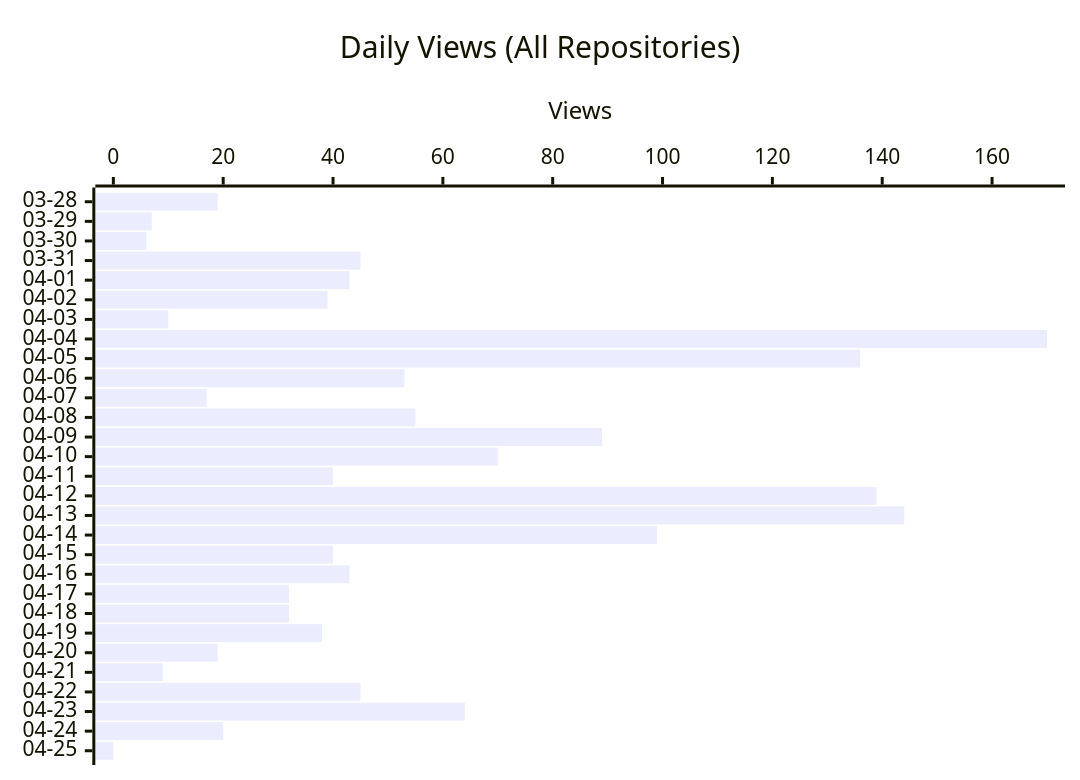
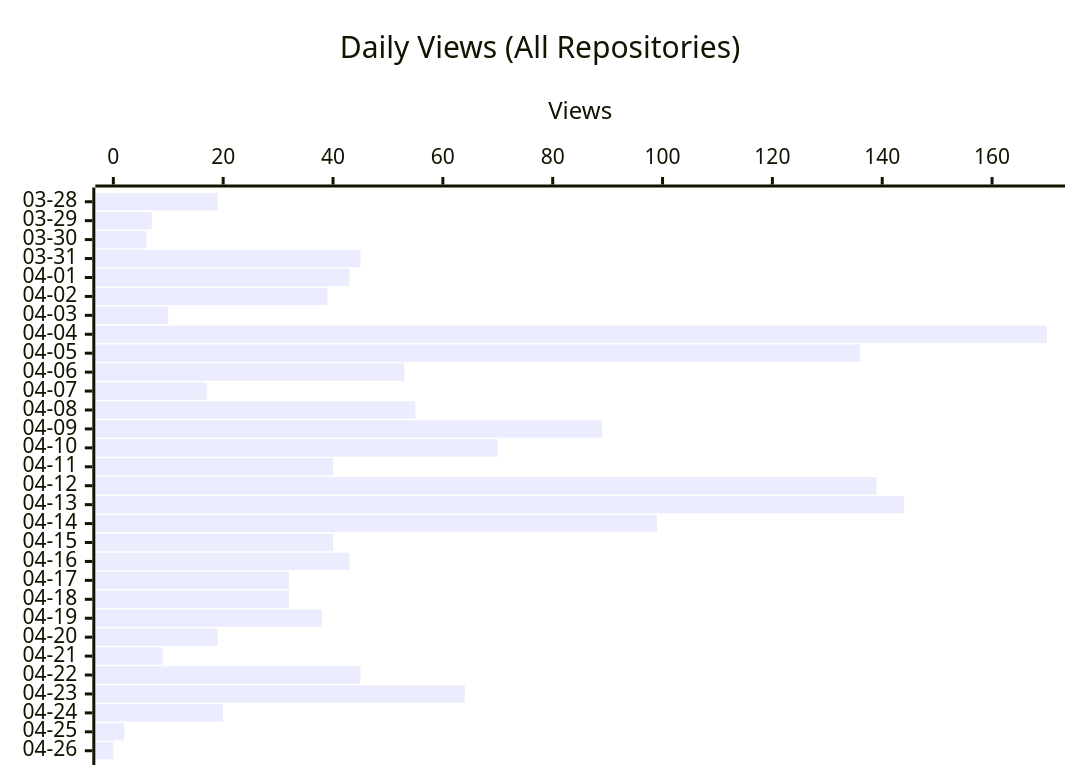
The second of 3 diagrams in README.md (shigechika/github-insights), drawn with Mermaid before and after one commit. The commit also changed other lines of this file and 2 other files, not shown here.

````diff
--- a/README.md
+++ b/README.md
@@ -26,7 +26,7 @@
 ```mermaid
 xychart-beta horizontal
     title "Daily Views (All Repositories)"
-    x-axis ["03-28", "03-29", "03-30", "03-31", "04-01", "04-02", "04-03", "04-04", "04-05", "04-06", "04-07", "04-08", "04-09", "04-10", "04-11", "04-12", "04-13", "04-14", "04-15", "04-16", "04-17", "04-18", "04-19", "04-20", "04-21", "04-22", "04-23", "04-24", "04-25"]
+    x-axis ["03-28", "03-29", "03-30", "03-31", "04-01", "04-02", "04-03", "04-04", "04-05", "04-06", "04-07", "04-08", "04-09", "04-10", "04-11", "04-12", "04-13", "04-14", "04-15", "04-16", "04-17", "04-18", "04-19", "04-20", "04-21", "04-22", "04-23", "04-24", "04-25", "04-26"]
     y-axis "Views"
-    bar [19, 7, 6, 45, 43, 39, 10, 170, 136, 53, 17, 55, 89, 70, 40, 139, 144, 99, 40, 43, 32, 32, 38, 19, 9, 45, 64, 20, 0]
+    bar [19, 7, 6, 45, 43, 39, 10, 170, 136, 53, 17, 55, 89, 70, 40, 139, 144, 99, 40, 43, 32, 32, 38, 19, 9, 45, 64, 20, 2, 0]
 ```
````
